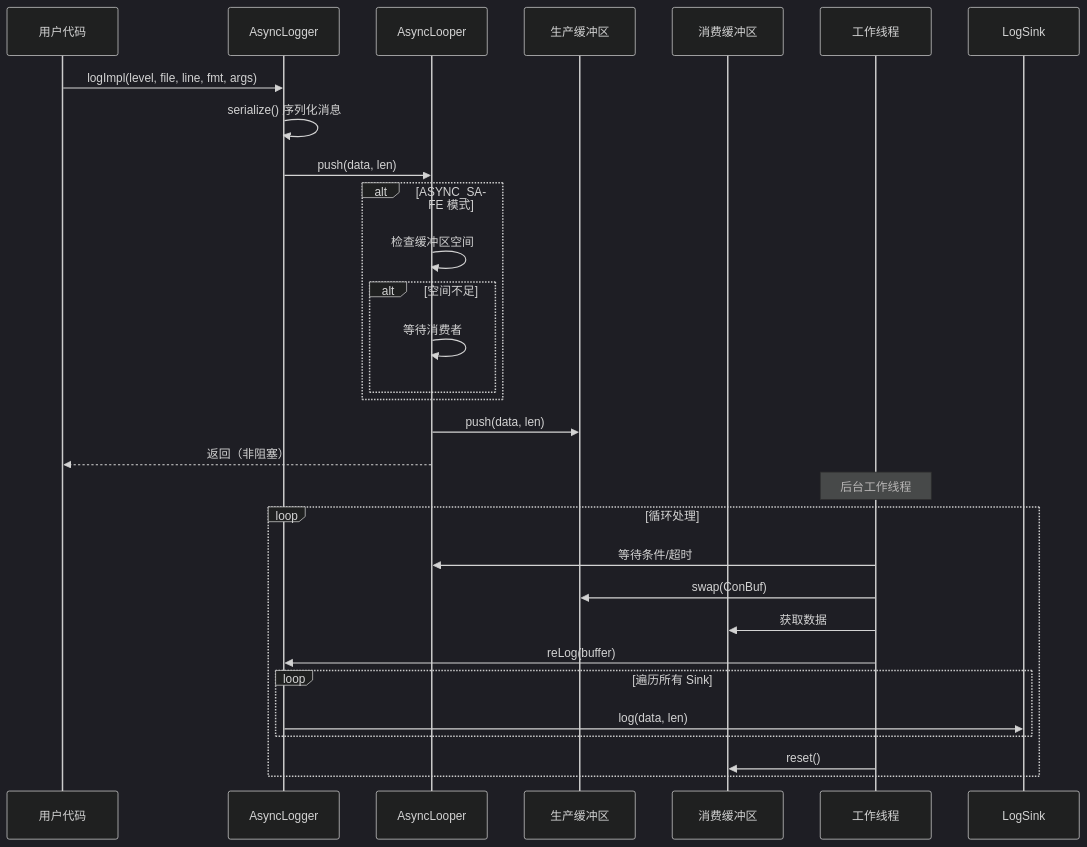
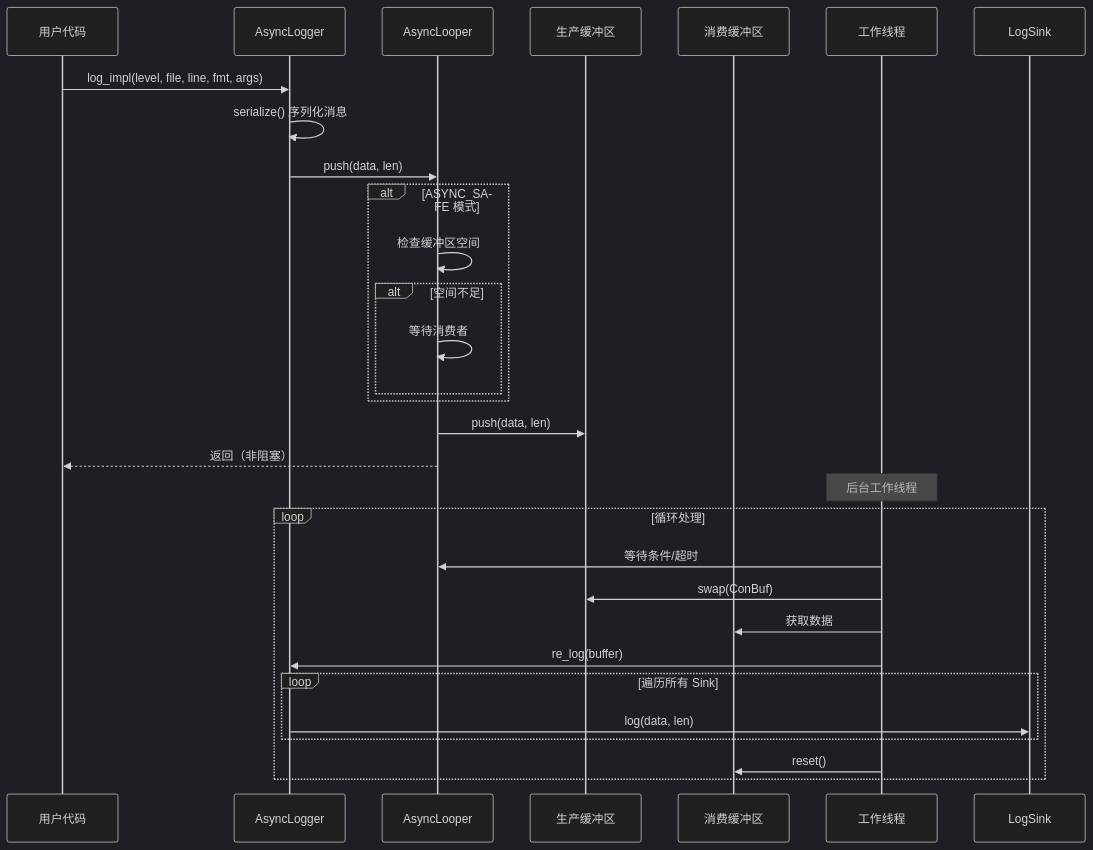
The fourth of 4 diagrams in zlog/README.md (hzh-betty/zlynx), drawn with Mermaid (dark theme) before and after one commit. The commit also changed other lines of this file and 29 other files, not shown here.

````diff
--- a/zlog/README.md
+++ b/zlog/README.md
@@ -329,36 +329,36 @@
 ```mermaid
 sequenceDiagram
     participant User as 用户代码
     participant Logger as AsyncLogger
     participant Looper as AsyncLooper
     participant ProBuf as 生产缓冲区
     participant ConBuf as 消费缓冲区
     participant Worker as 工作线程
     participant Sink as LogSink
 
-    User->>Logger: logImpl(level, file, line, fmt, args)
+    User->>Logger: log_impl(level, file, line, fmt, args)
     Logger->>Logger: serialize() 序列化消息
     Logger->>Looper: push(data, len)
     
     alt ASYNC_SAFE 模式
         Looper->>Looper: 检查缓冲区空间
         alt 空间不足
             Looper->>Looper: 等待消费者
         end
     end
     
     Looper->>ProBuf: push(data, len)
     Looper-->>User: 返回（非阻塞）
 
     Note over Worker: 后台工作线程
     loop 循环处理
         Worker->>Looper: 等待条件/超时
         Worker->>ProBuf: swap(ConBuf)
         Worker->>ConBuf: 获取数据
-        Worker->>Logger: reLog(buffer)
+        Worker->>Logger: re_log(buffer)
         loop 遍历所有 Sink
             Logger->>Sink: log(data, len)
         end
         Worker->>ConBuf: reset()
     end
 ```
````
